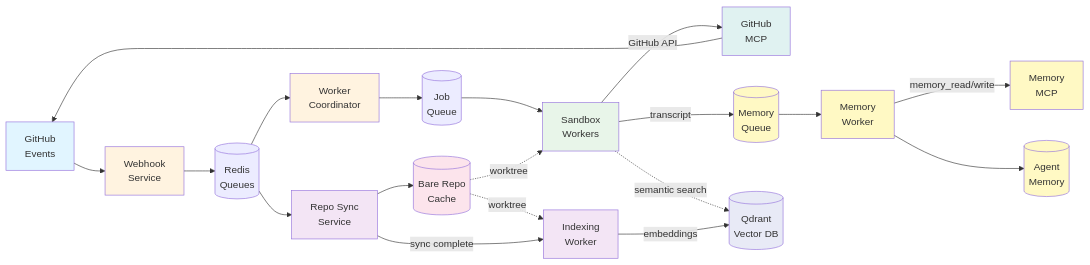
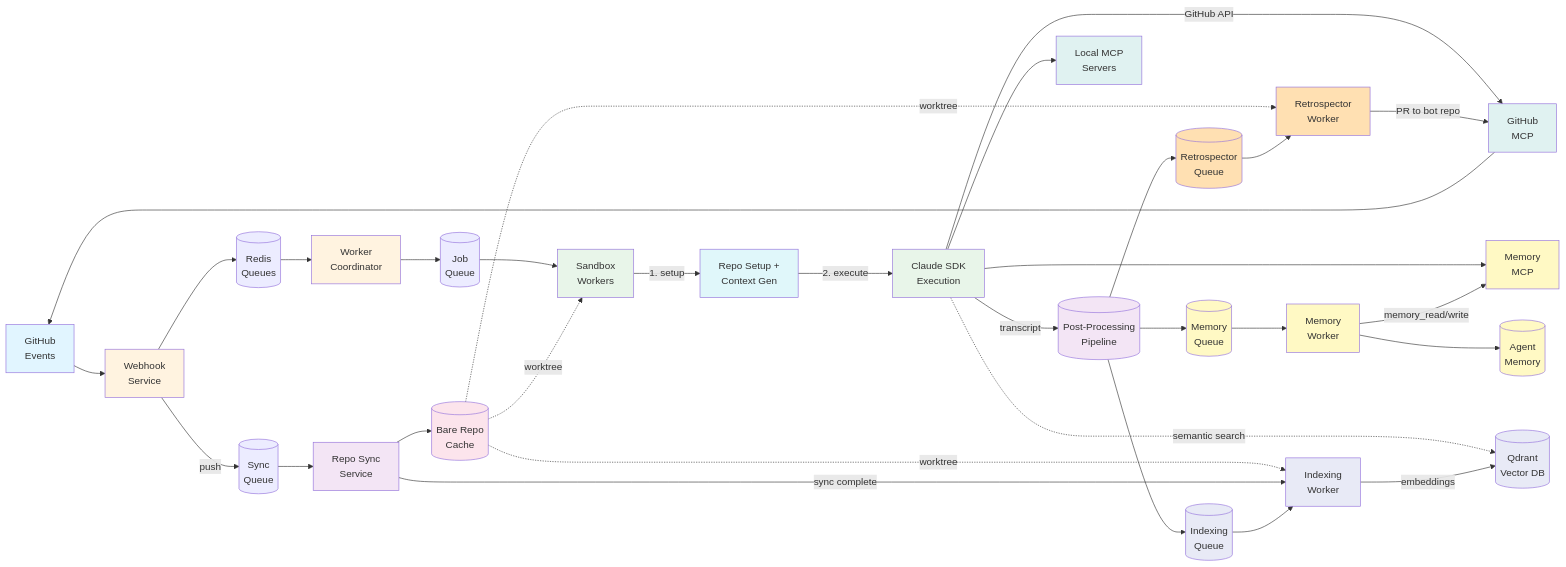
One commit to GabsFranke/claude-code-github-agent changed the diagram in docs/ARCHITECTURE.md. Above: the diagram before and after it, drawn with Mermaid. The commit also changed other lines of this file and 11 other files, not shown here.

````diff
--- a/docs/ARCHITECTURE.md
+++ b/docs/ARCHITECTURE.md
@@ -7,43 +33,65 @@
 ```mermaid
 flowchart LR
     GH[GitHub<br/>Events] --> WH[Webhook<br/>Service]
 
     WH --> RQ[(Redis<br/>Queues)]
+    WH --> |push| SYNCQ[(Sync<br/>Queue)]
 
     RQ --> W[Worker<br/>Coordinator]
-    RQ --> RS[Repo Sync<br/>Service]
+    SYNCQ --> RS[Repo Sync<br/>Service]
 
     W --> JQ[(Job<br/>Queue)]
     RS --> CACHE[(Bare Repo<br/>Cache)]
 
     JQ --> SW[Sandbox<br/>Workers]
     CACHE -.->|worktree| SW
     CACHE -.->|worktree| IDX
+    CACHE -.->|worktree| RETRO
 
-    SW --> |GitHub API| MCP[GitHub<br/>MCP]
-    SW --> |transcript| MEMQ[(Memory<br/>Queue)]
-    SW -.->|semantic search| QDRANT
+    SW --> |1. setup| PREP[Repo Setup +<br/>Context Gen]
+    PREP --> |2. execute| AGENT[Claude SDK<br/>Execution]
+
+    AGENT --> |GitHub API| MCP[GitHub<br/>MCP]
+    AGENT --> |transcript| PP[(Post-Processing<br/>Pipeline)]
+    AGENT --> MEM_MCP[Memory<br/>MCP]
+    AGENT --> LOCAL_MCP[Local MCP<br/>Servers]
+    AGENT -.->|semantic search| QDRANT
+
+    PP --> MEMQ[(Memory<br/>Queue)]
+    PP --> RETROQ[(Retrospector<br/>Queue)]
+    PP --> IDXQ[(Indexing<br/>Queue)]
 
     MEMQ --> MW[Memory<br/>Worker]
-    MW --> |memory_read/write| MEM_MCP[Memory<br/>MCP]
+    MW --> |memory_read/write| MEM_MCP
     MW --> MEM_VOL[(Agent<br/>Memory)]
 
+    RETROQ --> RETRO[Retrospector<br/>Worker]
+    RETRO --> |PR to bot repo| MCP
+
     RS --> |sync complete| IDX[Indexing<br/>Worker]
+    IDXQ --> IDX
     IDX --> |embeddings| QDRANT[(Qdrant<br/>Vector DB)]
 
     MCP --> GH
 
     style GH fill:#e1f5ff
     style WH fill:#fff3e0
     style W fill:#fff3e0
     style RS fill:#f3e5f5
     style SW fill:#e8f5e9
+    style PREP fill:#e0f7fa
+    style AGENT fill:#e8f5e9
     style CACHE fill:#fce4ec
     style MCP fill:#e0f2f1
     style MW fill:#fff9c4
     style MEM_MCP fill:#fff9c4
     style MEM_VOL fill:#fff9c4
     style MEMQ fill:#fff9c4
-    style IDX fill:#f3e5f5
+    style RETRO fill:#ffe0b2
+    style RETROQ fill:#ffe0b2
+    style PP fill:#f3e5f5
+    style IDX fill:#e8eaf6
     style QDRANT fill:#e8eaf6
+    style IDXQ fill:#e8eaf6
+    style LOCAL_MCP fill:#e0f2f1
 ```
````
